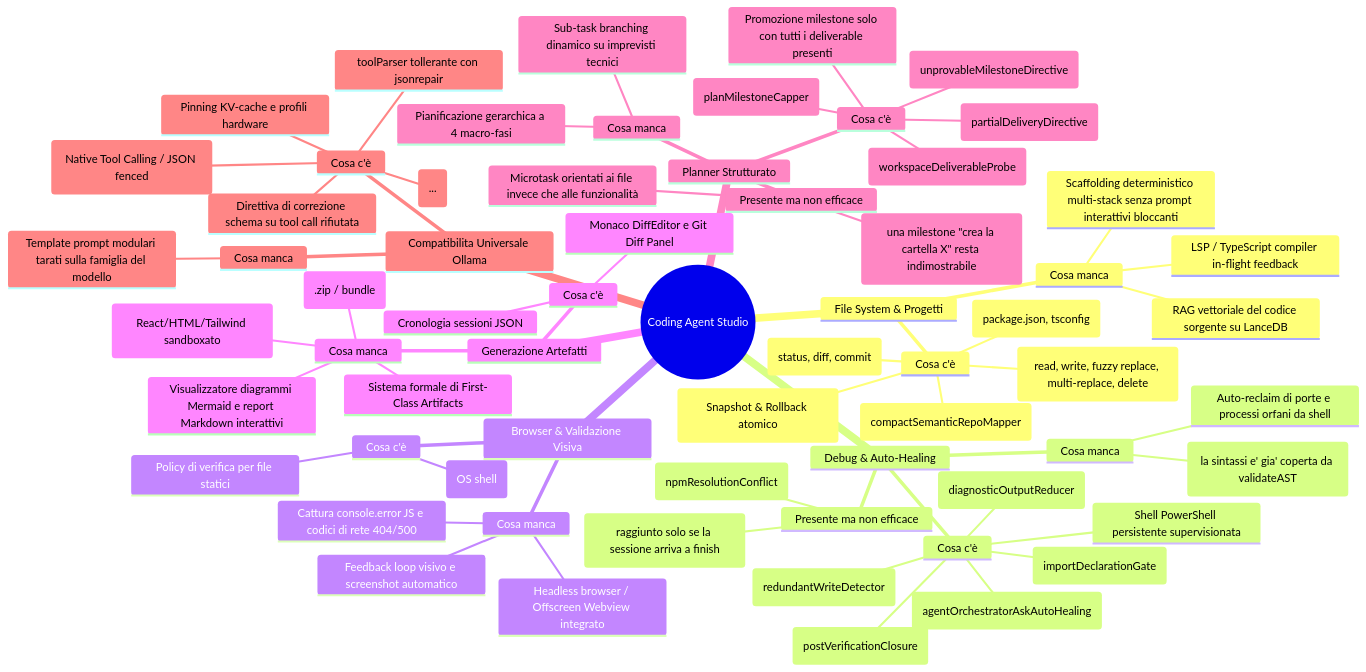
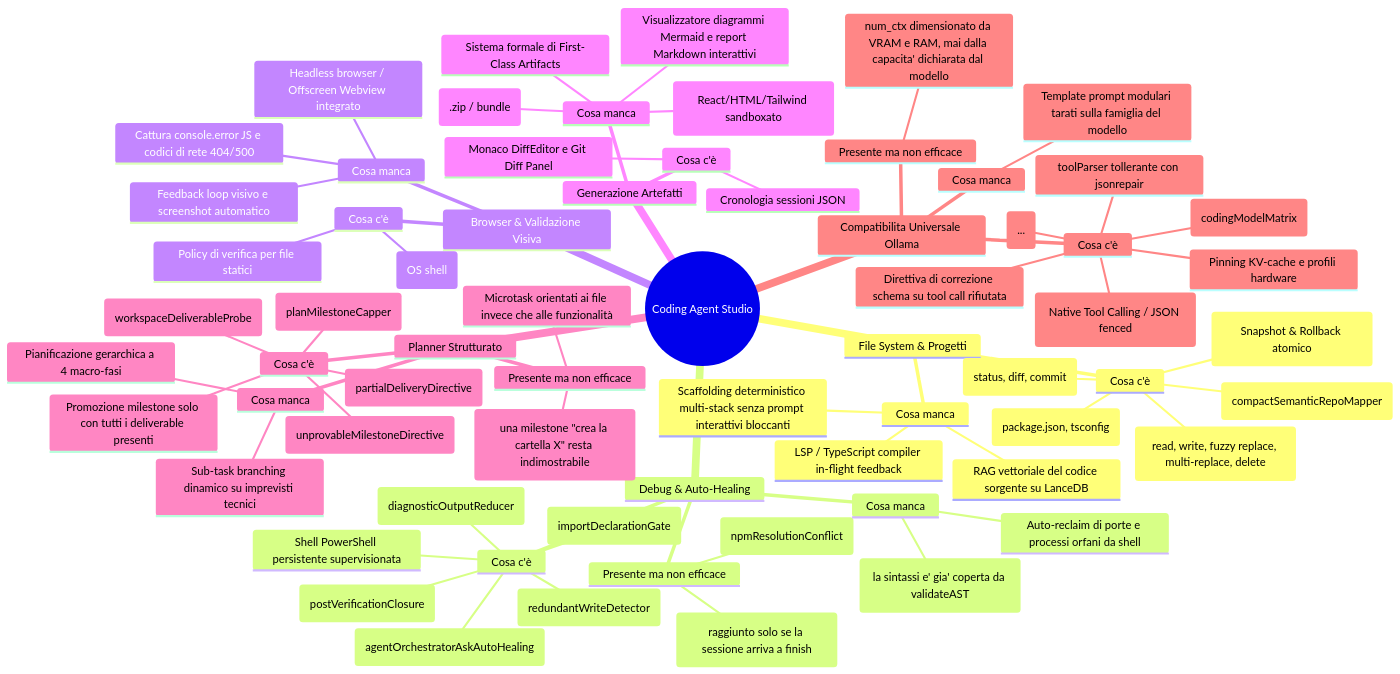
Before and after one commit to dennidalpos/OnlyRagV2: the first of 2 diagrams in docs/coding-agent-studio-blueprint.md, drawn with Mermaid. The commit also changed other lines of this file, not shown here.

````diff
--- a/docs/coding-agent-studio-blueprint.md
+++ b/docs/coding-agent-studio-blueprint.md
@@ -9,68 +9,71 @@
 ```mermaid
 mindmap
   root((Coding Agent Studio))
     File System & Progetti
       Cosa c'è
         Tool I/O completi (read, write, fuzzy replace, multi-replace, delete)
         AtomicWorkspaceJournal (Snapshot & Rollback atomico)
         AST Repo Map (compactSemanticRepoMapper)
         Dependency Scanner (package.json, tsconfig)
         Git Toolchain (status, diff, commit)
       Cosa manca
         RAG vettoriale del codice sorgente su LanceDB
         Scaffolding deterministico multi-stack senza prompt interattivi bloccanti
         LSP / TypeScript compiler in-flight feedback
     Debug & Auto-Healing
       Cosa c'è
         Shell PowerShell persistente supervisionata
         Riduzione diagnostica stack trace (diagnosticOutputReducer)
         Intercettazione lazy ask (agentOrchestratorAskAutoHealing)
         Gate import non dichiarati post-write (importDeclarationGate)
         Scrittura a vuoto riconosciuta come no-op (redundantWriteDetector)
         Stato di chiusura dichiarabile a build verde (postVerificationClosure)
       Presente ma non efficace
         Definition of Done Gate su build reale (raggiunto solo se la sessione arriva a finish)
         Recupero dai conflitti npm ERESOLVE (npmResolutionConflict)
       Cosa manca
         Typecheck incrementale post-write (la sintassi e' gia' coperta da validateAST)
         Auto-reclaim di porte e processi orfani da shell
     Browser & Validazione Visiva
       Cosa c'è
         open_in_browser esterno (OS shell)
         Policy di verifica per file statici
       Cosa manca
         Feedback loop visivo e screenshot automatico
         Cattura console.error JS e codici di rete 404/500
         Headless browser / Offscreen Webview integrato
     Generazione Artefatti
       Cosa c'è
         Monaco DiffEditor e Git Diff Panel
         Cronologia sessioni JSON
       Cosa manca
         Sistema formale di First-Class Artifacts
         Pannello UI Live Preview (React/HTML/Tailwind sandboxato)
         Visualizzatore diagrammi Mermaid e report Markdown interattivi
         1-Click Export (.zip / bundle)
     Planner Strutturato
       Cosa c'è
         Parser canonico e capping a 15 milestone (planMilestoneCapper)
         Probe su disco per deliverable reali (workspaceDeliverableProbe)
         Promozione milestone solo con tutti i deliverable presenti
         Direttiva dedicata per milestone senza artefatto (unprovableMilestoneDirective)
         Elenco dei deliverable ancora mancanti dopo una consegna parziale (partialDeliveryDirective)
       Presente ma non efficace
         Microtask orientati ai file invece che alle funzionalità
         Deliverable di directory non riconosciuti (una milestone "crea la cartella X" resta indimostrabile)
       Cosa manca
         Pianificazione gerarchica a 4 macro-fasi
         Sub-task branching dinamico su imprevisti tecnici
     Compatibilita Universale Ollama
       Cosa c'è
         toolParser tollerante con jsonrepair
         Pre-stripping tag CoT (<think>...</think>)
         Dual-mode routing (Native Tool Calling / JSON fenced)
         Pinning KV-cache e profili hardware
         Direttiva di correzione schema su tool call rifiutata
+        Matrice modelli verificati con badge e metriche reali (codingModelMatrix)
+      Presente ma non efficace
+        num_ctx dimensionato da VRAM e RAM, mai dalla capacita' dichiarata dal modello
       Cosa manca
         Template prompt modulari tarati sulla famiglia del modello
 ```
````
